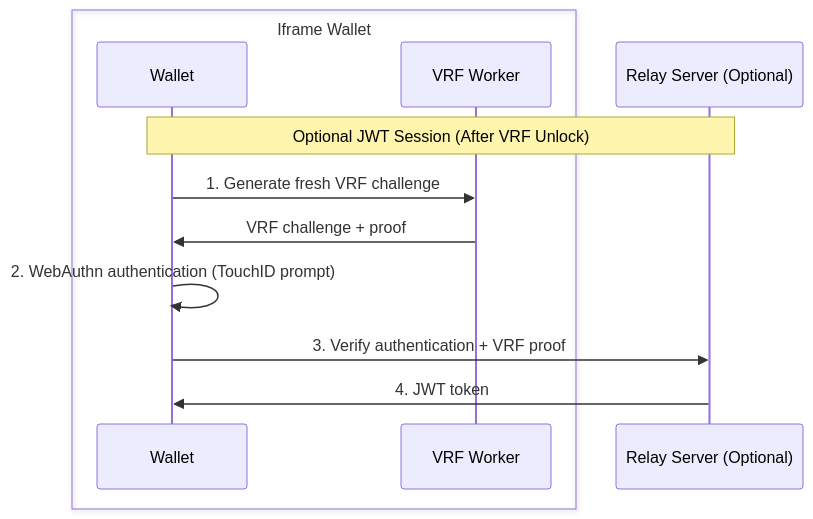
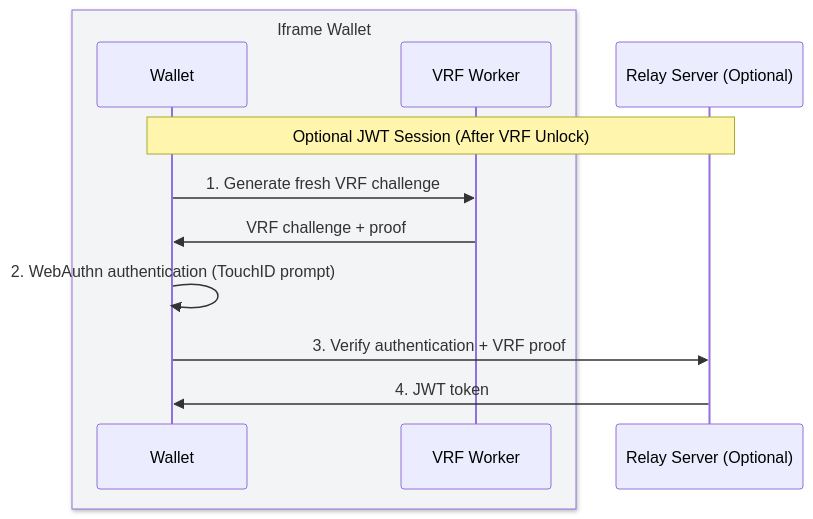
One commit to web3-authn/tatchi changed the diagram in examples/tatchi-docs/src/public/diagrams/login-optional-jwt.mmd. Above: the diagram before and after it, drawn with Mermaid. The commit also changed 9 other files, not shown here.

Commit message:
update mermaid diagrams and add mermaid plugin

```diff
--- a/examples/tatchi-docs/src/public/diagrams/login-optional-jwt.mmd
+++ b/examples/tatchi-docs/src/public/diagrams/login-optional-jwt.mmd
@@ -1,13 +1,13 @@
 sequenceDiagram
-    box Iframe Wallet
+    box rgb(243, 244, 246) Iframe Wallet
     participant Wallet as Wallet
     participant Worker as VRF Worker
     end
     participant Relay as Relay Server (Optional)
 
     Note over Wallet,Relay: Optional JWT Session (After VRF Unlock)
     Wallet->>Worker: 1. Generate fresh VRF challenge
     Worker->>Wallet: VRF challenge + proof
     Wallet->>Wallet: 2. WebAuthn authentication (TouchID prompt)
     Wallet->>Relay: 3. Verify authentication + VRF proof
     Relay->>Wallet: 4. JWT token
```
